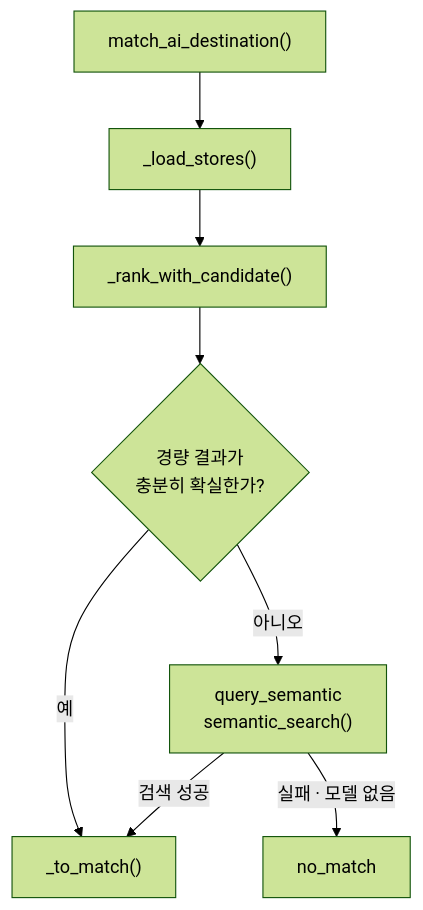
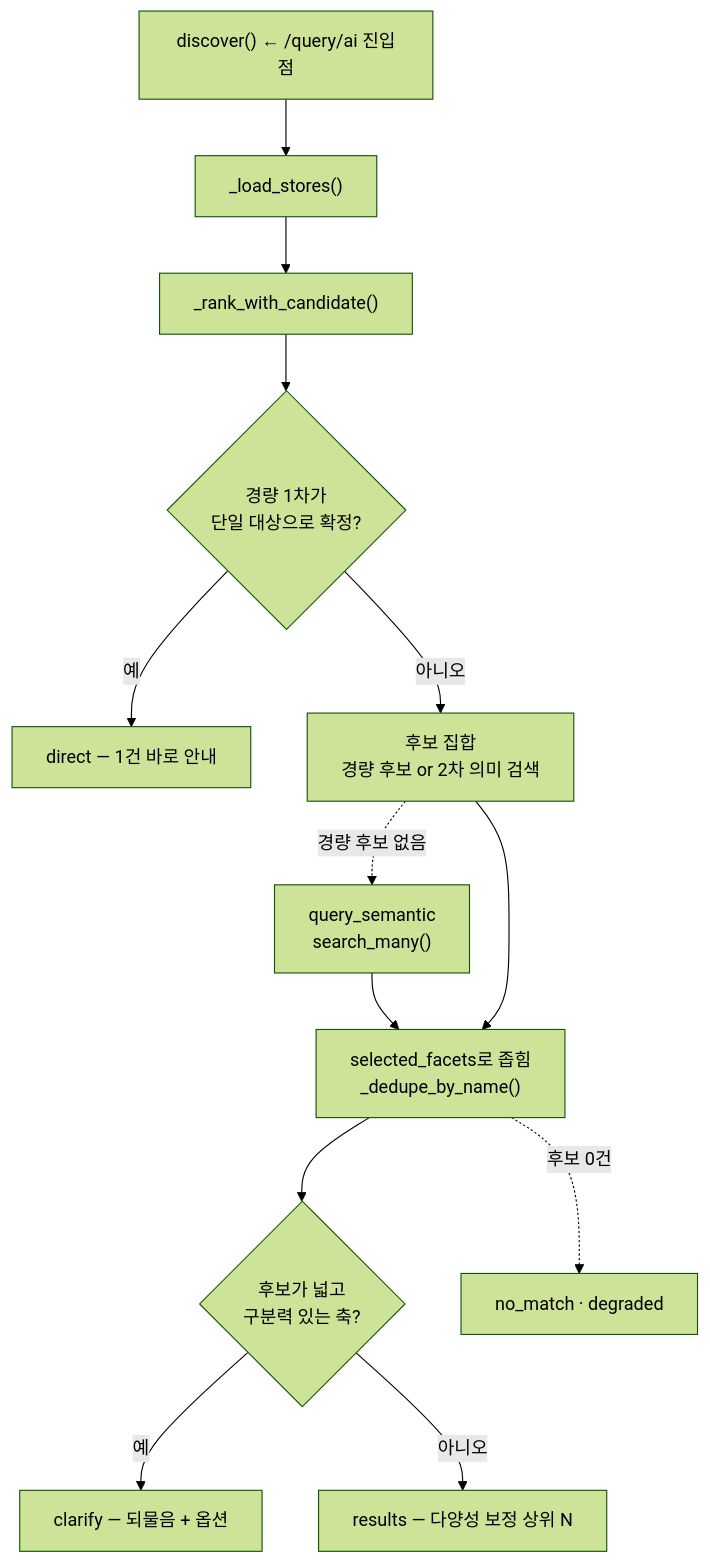
Before and after one commit to Routex-labs/Navigation: the seventh of 11 diagrams in backend/app/repositories/README.md, drawn with Mermaid (forest theme). The commit also changed other lines of this file and 22 other files, not shown here.

````diff
--- a/backend/app/repositories/README.md
+++ b/backend/app/repositories/README.md
@@ -186,16 +192,25 @@
 ```mermaid
 flowchart TD
-    AI["match_ai_destination()"]
+    AI["discover() ← /query/ai 진입점"]
     LOAD["_load_stores()"]
     LIGHT["_rank_with_candidate()"]
-    CONF{"경량 결과가<br/>충분히 확실한가?"}
-    SEMANTIC["query_semantic<br/>semantic_search()"]
-    MATCH["_to_match()"]
-    NONE["no_match"]
+    CONF{"경량 1차가<br/>단일 대상으로 확정?"}
+    DIRECT["direct — 1건 바로 안내"]
+    POOL["후보 집합<br/>경량 후보 or 2차 의미 검색"]
+    SEMANTIC["query_semantic<br/>search_many()"]
+    NARROW["selected_facets로 좁힘<br/>_dedupe_by_name()"]
+    BRANCH{"후보가 넓고<br/>구분력 있는 축?"}
+    CLARIFY["clarify — 되물음 + 옵션"]
+    RESULTS["results — 다양성 보정 상위 N"]
+    NONE["no_match · degraded"]
 
     AI --> LOAD --> LIGHT --> CONF
-    CONF -->|"예"| MATCH
-    CONF -->|"아니오"| SEMANTIC
-    SEMANTIC -->|"검색 성공"| MATCH
-    SEMANTIC -->|"실패 · 모델 없음"| NONE
+    CONF -->|"예"| DIRECT
+    CONF -->|"아니오"| POOL
+    POOL -. "경량 후보 없음" .-> SEMANTIC --> NARROW
+    POOL --> NARROW
+    NARROW --> BRANCH
+    BRANCH -->|"예"| CLARIFY
+    BRANCH -->|"아니오"| RESULTS
+    NARROW -. "후보 0건" .-> NONE
 ```
````
